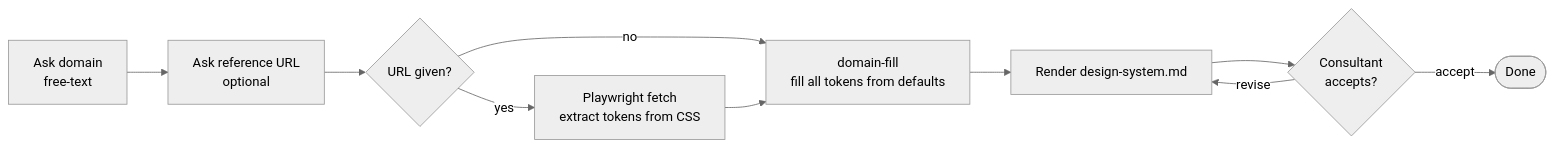
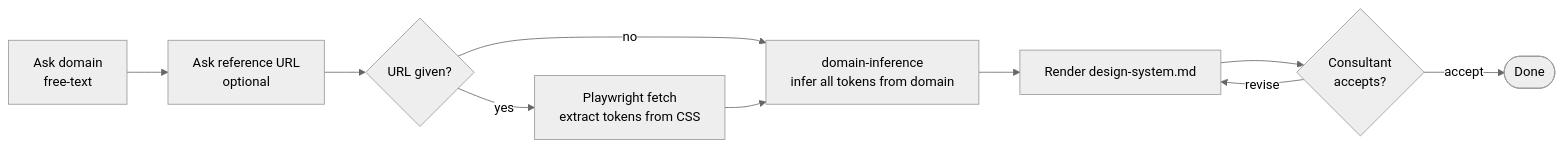
One commit to rodenacker/requirements-generator changed the second of 2 diagrams in README.md. Above: the diagram before and after it, drawn with Mermaid (neutral theme). The commit also changed other lines of this file and 28 other files, not shown here.

First line of the commit message:
replace curated domain-defaults with per-run inference

````diff
--- a/README.md
+++ b/README.md
@@ -81,12 +81,12 @@
 ```mermaid
 flowchart LR
     A[Ask domain<br/>free-text] --> B[Ask reference URL<br/>optional]
     B --> C{URL given?}
     C -- yes --> D[Playwright fetch<br/>extract tokens from CSS]
-    C -- no --> E[domain-fill<br/>fill all tokens from defaults]
+    C -- no --> E[domain-inference<br/>infer all tokens from domain]
     D --> E
     E --> F[Render design-system.md]
     F --> G{Consultant<br/>accepts?}
     G -- revise --> F
     G -- accept --> H([Done])
 ```
````
